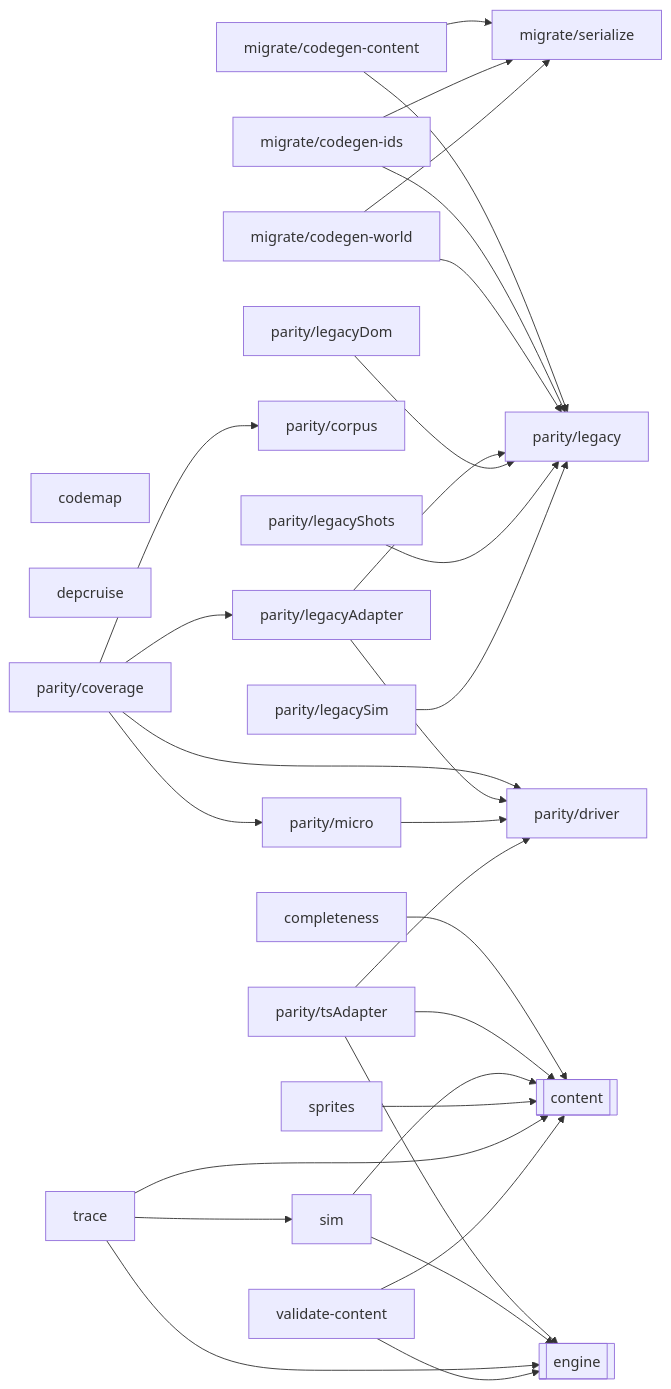
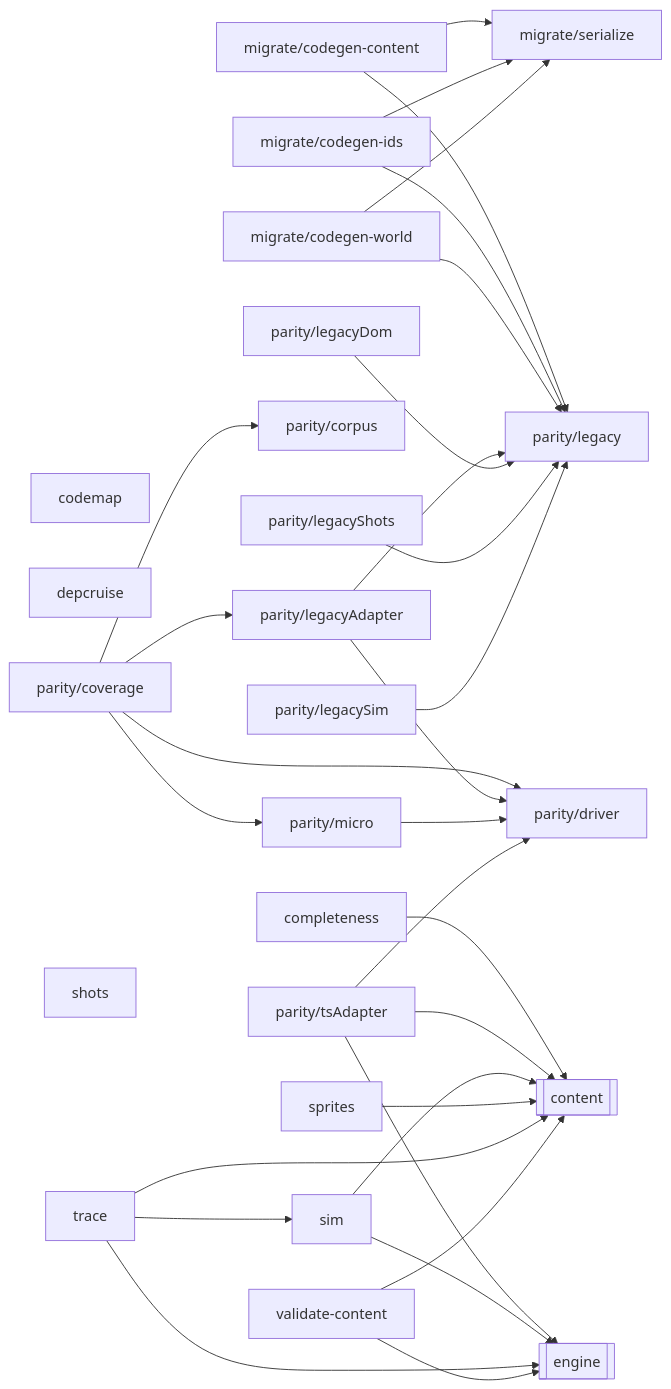
One commit to OrangeB0lt/Cyber-funk changed the diagram in docs/reference/code-map/tools.md. Above: the diagram before and after it, drawn with Mermaid. The commit also changed other lines of this file and 8 other files, not shown here.

````diff
--- a/docs/reference/code-map/tools.md
+++ b/docs/reference/code-map/tools.md
@@ -11,54 +11,55 @@
 ```mermaid
 flowchart LR
   n_codemap["codemap"]
   n_completeness["completeness"]
   n_depcruise["depcruise"]
   n_migrate_codegen_content["migrate/codegen-content"]
   n_migrate_codegen_ids["migrate/codegen-ids"]
   n_migrate_codegen_world["migrate/codegen-world"]
   n_migrate_serialize["migrate/serialize"]
   n_parity_corpus["parity/corpus"]
   n_parity_coverage["parity/coverage"]
   n_parity_driver["parity/driver"]
   n_parity_legacy["parity/legacy"]
   n_parity_legacyAdapter["parity/legacyAdapter"]
   n_parity_legacyDom["parity/legacyDom"]
   n_parity_legacyShots["parity/legacyShots"]
   n_parity_legacySim["parity/legacySim"]
   n_parity_micro["parity/micro"]
   n_parity_tsAdapter["parity/tsAdapter"]
+  n_shots["shots"]
   n_sim["sim"]
   n_sprites["sprites"]
   n_trace["trace"]
   n_validate_content["validate-content"]
   n_ext_content[["content"]]
   n_ext_engine[["engine"]]
   n_completeness --> n_ext_content
   n_migrate_codegen_content --> n_migrate_serialize
   n_migrate_codegen_content --> n_parity_legacy
   n_migrate_codegen_ids --> n_migrate_serialize
   n_migrate_codegen_ids --> n_parity_legacy
   n_migrate_codegen_world --> n_migrate_serialize
   n_migrate_codegen_world --> n_parity_legacy
   n_parity_coverage --> n_parity_corpus
   n_parity_coverage --> n_parity_driver
   n_parity_coverage --> n_parity_legacyAdapter
   n_parity_coverage --> n_parity_micro
   n_parity_legacyAdapter --> n_parity_driver
   n_parity_legacyAdapter --> n_parity_legacy
   n_parity_legacyDom --> n_parity_legacy
   n_parity_legacyShots --> n_parity_legacy
   n_parity_legacySim --> n_parity_legacy
   n_parity_micro --> n_parity_driver
   n_parity_tsAdapter --> n_ext_content
   n_parity_tsAdapter --> n_ext_engine
   n_parity_tsAdapter --> n_parity_driver
   n_sim --> n_ext_content
   n_sim --> n_ext_engine
   n_sprites --> n_ext_content
   n_trace --> n_ext_content
   n_trace --> n_ext_engine
   n_trace --> n_sim
   n_validate_content --> n_ext_content
   n_validate_content --> n_ext_engine
 ```
````
